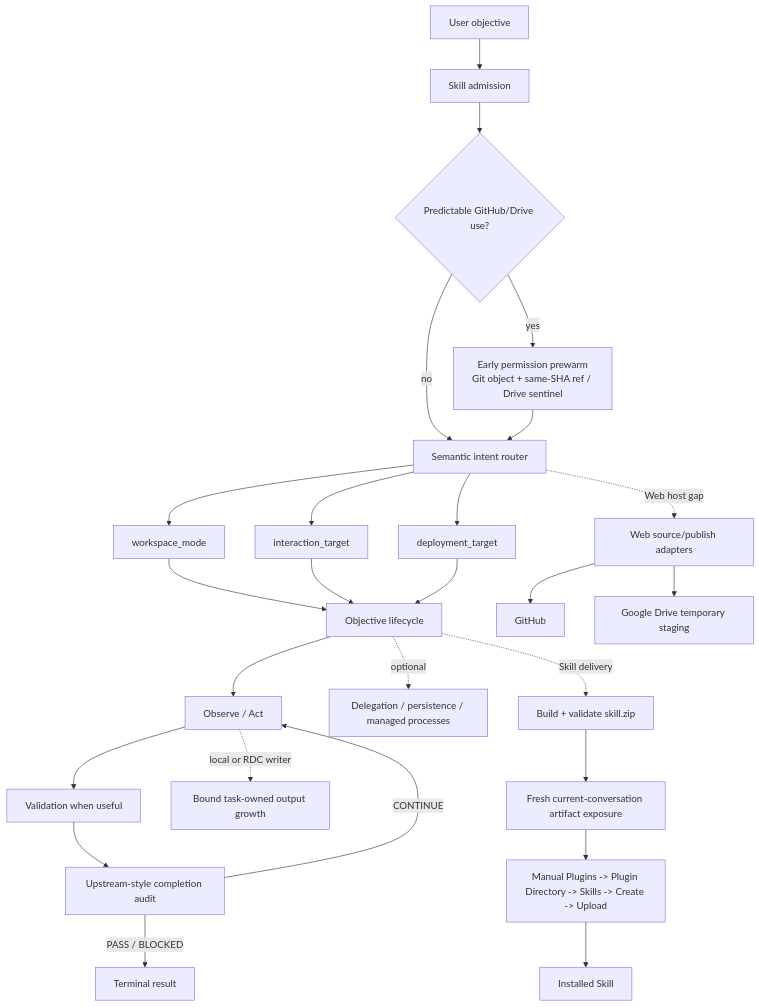
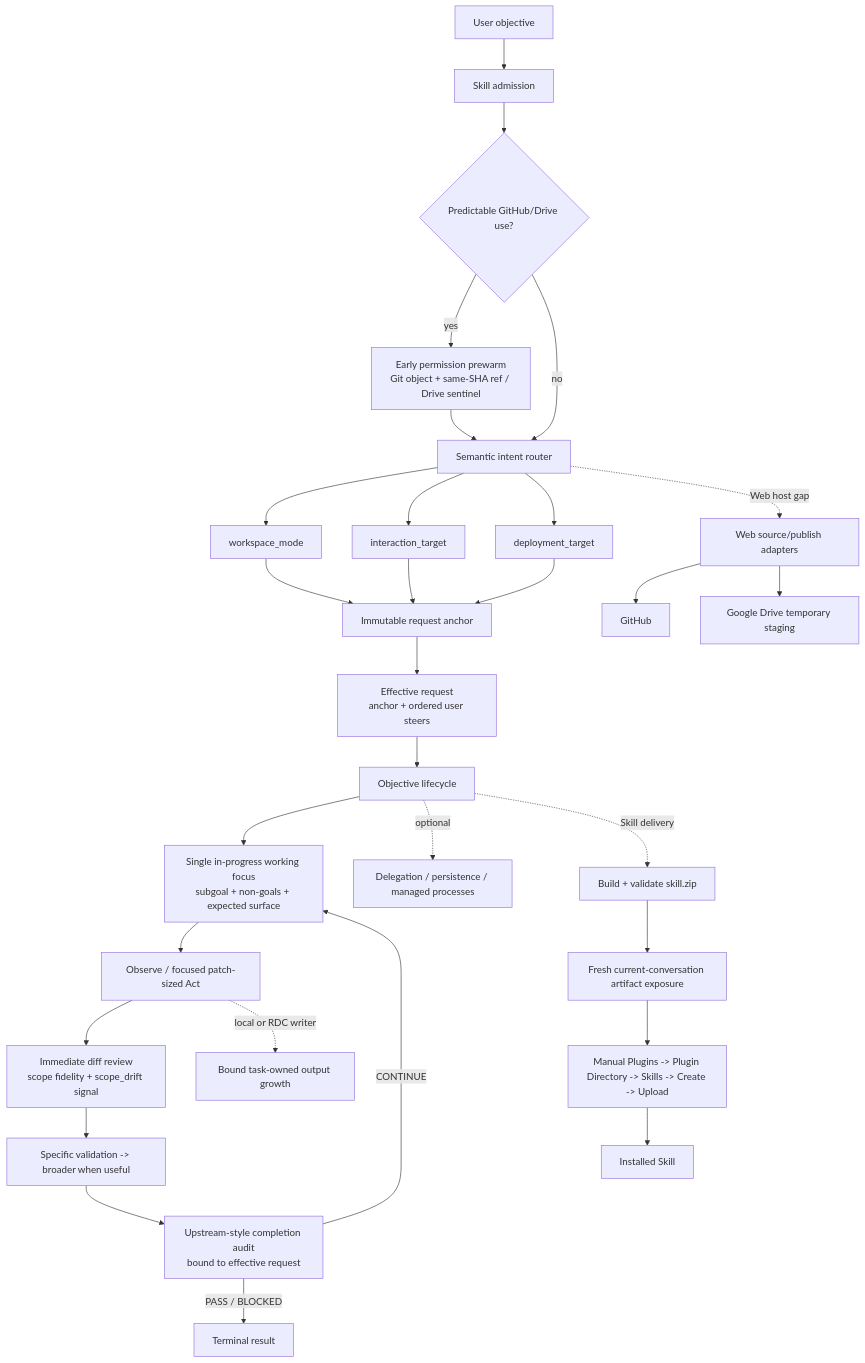
One commit to yihan-hu/codex-loop changed the diagram in ARCHITECTURE.md. Above: the diagram before and after it, drawn with Mermaid. The commit also changed other lines of this file and 37 other files, not shown here.

Commit message:
Improve request fidelity and scope precision

````diff
--- a/ARCHITECTURE.md
+++ b/ARCHITECTURE.md
@@ -3,28 +3,32 @@
 ```mermaid
 flowchart TD
   U[User objective] --> S[Skill admission]
   S --> P{Predictable GitHub/Drive use?}
   P -->|yes| W[Early permission prewarm<br/>Git object + same-SHA ref / Drive sentinel]
   P -->|no| R
   W --> R[Semantic intent router]
   R --> WM[workspace_mode]
   R --> IT[interaction_target]
   R --> DT[deployment_target]
-  WM --> O[Objective lifecycle]
-  IT --> O
-  DT --> O
-  O --> A[Observe / Act]
-  A --> V[Validation when useful]
+  WM --> RA[Immutable request anchor]
+  IT --> RA
+  DT --> RA
+  RA --> ER[Effective request<br/>anchor + ordered user steers]
+  ER --> O[Objective lifecycle]
+  O --> F[Single in-progress working focus<br/>subgoal + non-goals + expected surface]
+  F --> A[Observe / focused patch-sized Act]
+  A --> DR[Immediate diff review<br/>scope fidelity + scope_drift signal]
+  DR --> V[Specific validation -> broader when useful]
   A -. local or RDC writer .-> G[Bound task-owned output growth]
-  V --> C[Upstream-style completion audit]
-  C -->|CONTINUE| A
+  V --> C[Upstream-style completion audit<br/>bound to effective request]
+  C -->|CONTINUE| F
   C -->|PASS / BLOCKED| E[Terminal result]
   O -. optional .-> D[Delegation / persistence / managed processes]
   R -. Web host gap .-> WA[Web source/publish adapters]
   WA --> GH[GitHub]
   WA --> GD[Google Drive temporary staging]
   O -. Skill delivery .-> K[Build + validate skill.zip]
   K --> X[Fresh current-conversation artifact exposure]
   X --> UI[Manual Plugins -> Plugin Directory -> Skills -> Create -> Upload]
   UI --> IS[Installed Skill]
 ```
````
